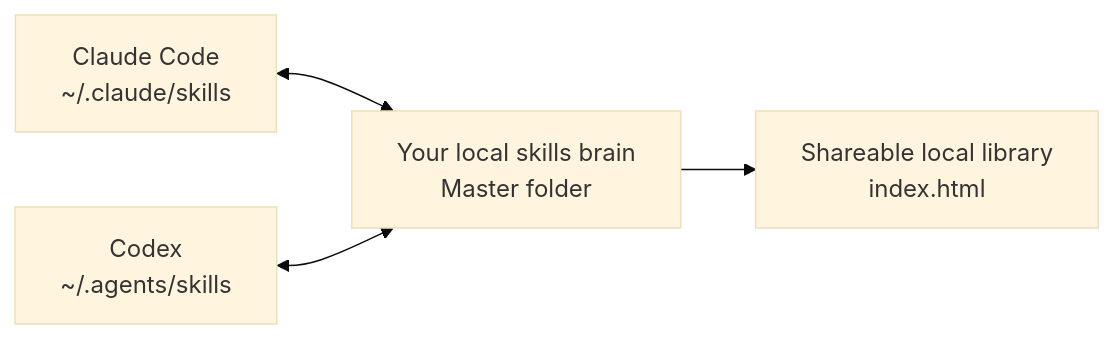
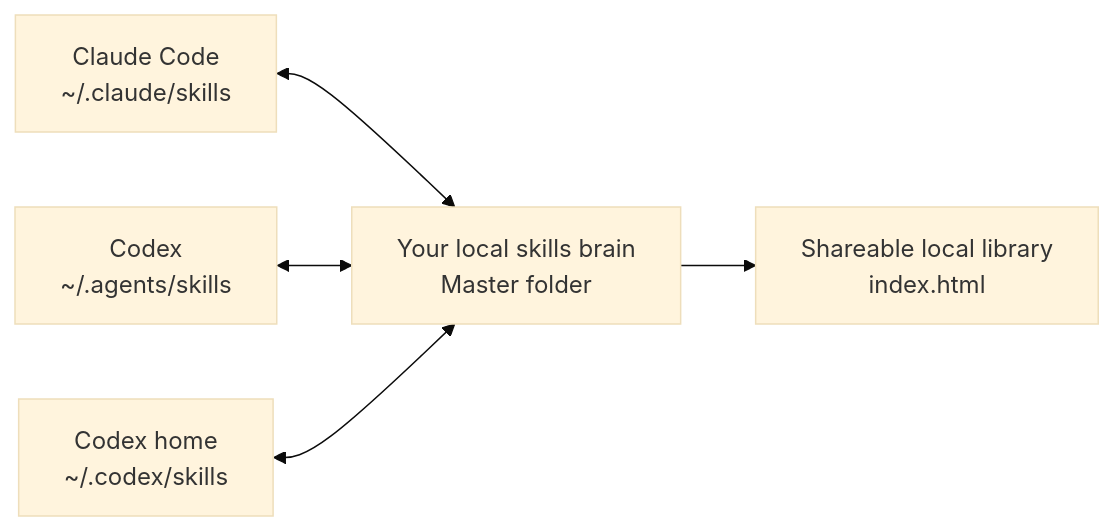
The diagram in README.md (richling98/skillmaster), drawn with Mermaid (base theme) before and after one commit. The commit also changed other lines of this file and 6 other files, not shown here.

Commit message:
Support Codex home skills folder

````diff
--- a/README.md
+++ b/README.md
@@ -16,11 +16,13 @@
 ```mermaid
 flowchart LR
   claude["Claude Code<br/>~/.claude/skills"]
-  codex["Codex<br/>~/.agents/skills"]
+  codexAgents["Codex<br/>~/.agents/skills"]
+  codexHome["Codex home<br/>~/.codex/skills"]
   brain["Your local skills brain<br/>Master folder"]
   library["Shareable local library<br/>index.html"]
 
   claude <--> brain
-  codex <--> brain
+  codexAgents <--> brain
+  codexHome <--> brain
   brain --> library
 ```
````
